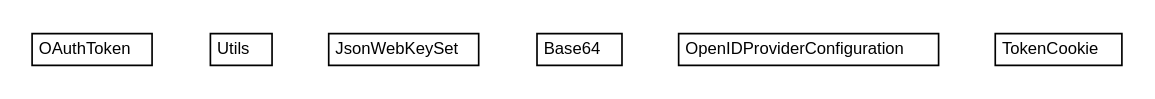
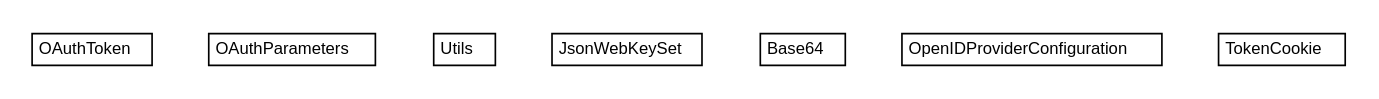
Before and after one commit to trajano/server-auth-modules: the diagram in apidocs/net/trajano/auth/internal/net.trajano.auth.internal.dot, drawn with Graphviz. The commit also changed 114 other files, not shown here.

```diff
--- a/apidocs/net/trajano/auth/internal/net.trajano.auth.internal.dot
+++ b/apidocs/net/trajano/auth/internal/net.trajano.auth.internal.dot
@@ -1,48 +1,54 @@
 #!/usr/local/bin/dot
 #
 # Class diagram 
 # Generated by UMLGraph version R5_6-24-gf6e263 (http://www.umlgraph.org/)
 #
 
 digraph G {
 	edge [fontname="Helvetica",fontsize=10,labelfontname="Helvetica",labelfontsize=10];
 	node [fontname="Helvetica",fontsize=10,shape=plaintext];
 	nodesep=0.25;
 	ranksep=0.5;
 	// net.trajano.auth.internal.OAuthToken
-	c14 [label=<<table title="net.trajano.auth.internal.OAuthToken" border="0" cellborder="1" cellspacing="0" cellpadding="2" port="p" href="./OAuthToken.html">
+	c15 [label=<<table title="net.trajano.auth.internal.OAuthToken" border="0" cellborder="1" cellspacing="0" cellpadding="2" port="p" href="./OAuthToken.html">
 		<tr><td><table border="0" cellspacing="0" cellpadding="1">
 <tr><td align="center" balign="center"> OAuthToken </td></tr>
 		</table></td></tr>
 		</table>>, URL="./OAuthToken.html", fontname="Helvetica", fontcolor="black", fontsize=10.0];
+	// net.trajano.auth.internal.OAuthParameters
+	c16 [label=<<table title="net.trajano.auth.internal.OAuthParameters" border="0" cellborder="1" cellspacing="0" cellpadding="2" port="p" href="./OAuthParameters.html">
+		<tr><td><table border="0" cellspacing="0" cellpadding="1">
+<tr><td align="center" balign="center"> OAuthParameters </td></tr>
+		</table></td></tr>
+		</table>>, URL="./OAuthParameters.html", fontname="Helvetica", fontcolor="black", fontsize=10.0];
 	// net.trajano.auth.internal.Utils
-	c15 [label=<<table title="net.trajano.auth.internal.Utils" border="0" cellborder="1" cellspacing="0" cellpadding="2" port="p" href="./Utils.html">
+	c17 [label=<<table title="net.trajano.auth.internal.Utils" border="0" cellborder="1" cellspacing="0" cellpadding="2" port="p" href="./Utils.html">
 		<tr><td><table border="0" cellspacing="0" cellpadding="1">
 <tr><td align="center" balign="center"> Utils </td></tr>
 		</table></td></tr>
 		</table>>, URL="./Utils.html", fontname="Helvetica", fontcolor="black", fontsize=10.0];
 	// net.trajano.auth.internal.JsonWebKeySet
-	c16 [label=<<table title="net.trajano.auth.internal.JsonWebKeySet" border="0" cellborder="1" cellspacing="0" cellpadding="2" port="p" href="./JsonWebKeySet.html">
+	c18 [label=<<table title="net.trajano.auth.internal.JsonWebKeySet" border="0" cellborder="1" cellspacing="0" cellpadding="2" port="p" href="./JsonWebKeySet.html">
 		<tr><td><table border="0" cellspacing="0" cellpadding="1">
 <tr><td align="center" balign="center"> JsonWebKeySet </td></tr>
 		</table></td></tr>
 		</table>>, URL="./JsonWebKeySet.html", fontname="Helvetica", fontcolor="black", fontsize=10.0];
 	// net.trajano.auth.internal.Base64
-	c17 [label=<<table title="net.trajano.auth.internal.Base64" border="0" cellborder="1" cellspacing="0" cellpadding="2" port="p" href="./Base64.html">
+	c19 [label=<<table title="net.trajano.auth.internal.Base64" border="0" cellborder="1" cellspacing="0" cellpadding="2" port="p" href="./Base64.html">
 		<tr><td><table border="0" cellspacing="0" cellpadding="1">
 <tr><td align="center" balign="center"> Base64 </td></tr>
 		</table></td></tr>
 		</table>>, URL="./Base64.html", fontname="Helvetica", fontcolor="black", fontsize=10.0];
 	// net.trajano.auth.internal.OpenIDProviderConfiguration
-	c18 [label=<<table title="net.trajano.auth.internal.OpenIDProviderConfiguration" border="0" cellborder="1" cellspacing="0" cellpadding="2" port="p" href="./OpenIDProviderConfiguration.html">
+	c20 [label=<<table title="net.trajano.auth.internal.OpenIDProviderConfiguration" border="0" cellborder="1" cellspacing="0" cellpadding="2" port="p" href="./OpenIDProviderConfiguration.html">
 		<tr><td><table border="0" cellspacing="0" cellpadding="1">
 <tr><td align="center" balign="center"> OpenIDProviderConfiguration </td></tr>
 		</table></td></tr>
 		</table>>, URL="./OpenIDProviderConfiguration.html", fontname="Helvetica", fontcolor="black", fontsize=10.0];
 	// net.trajano.auth.internal.TokenCookie
-	c19 [label=<<table title="net.trajano.auth.internal.TokenCookie" border="0" cellborder="1" cellspacing="0" cellpadding="2" port="p" href="./TokenCookie.html">
+	c21 [label=<<table title="net.trajano.auth.internal.TokenCookie" border="0" cellborder="1" cellspacing="0" cellpadding="2" port="p" href="./TokenCookie.html">
 		<tr><td><table border="0" cellspacing="0" cellpadding="1">
 <tr><td align="center" balign="center"> TokenCookie </td></tr>
 		</table></td></tr>
 		</table>>, URL="./TokenCookie.html", fontname="Helvetica", fontcolor="black", fontsize=10.0];
 }
```
